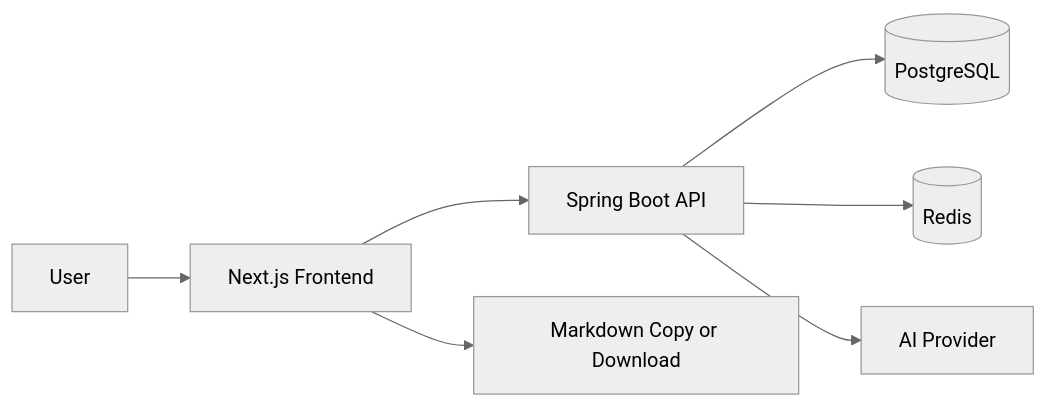
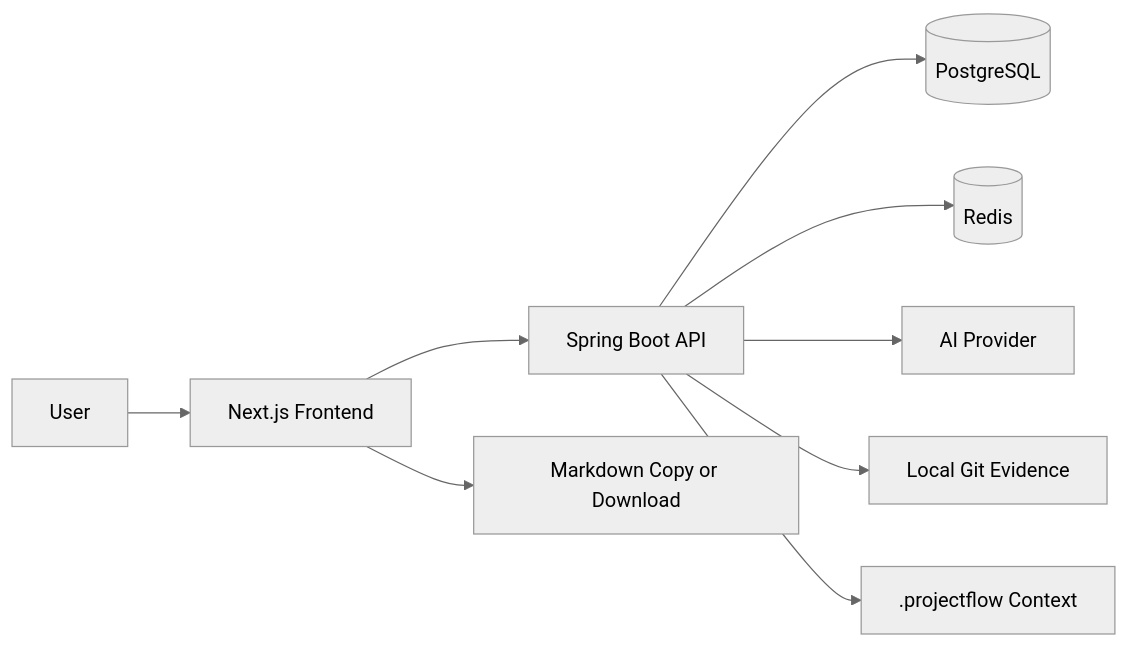
One commit to xiaochuqing-dev/ProjectFlow changed the first of 5 diagrams in docs/architecture.md. Above: the diagram before and after it, drawn with Mermaid (neutral theme). The commit also changed other lines of this file and 18 other files, not shown here.

````diff
--- a/docs/architecture.md
+++ b/docs/architecture.md
@@ -7,9 +7,11 @@
 ```mermaid
 flowchart LR
     User[User] --> Frontend[Next.js Frontend]
     Frontend --> Backend[Spring Boot API]
     Backend --> Postgres[(PostgreSQL)]
     Backend --> Redis[(Redis)]
     Backend --> AI[AI Provider]
     Frontend --> Export[Markdown Copy or Download]
+    Backend --> Git[Local Git Evidence]
+    Backend --> PF[.projectflow Context]
 ```
````
